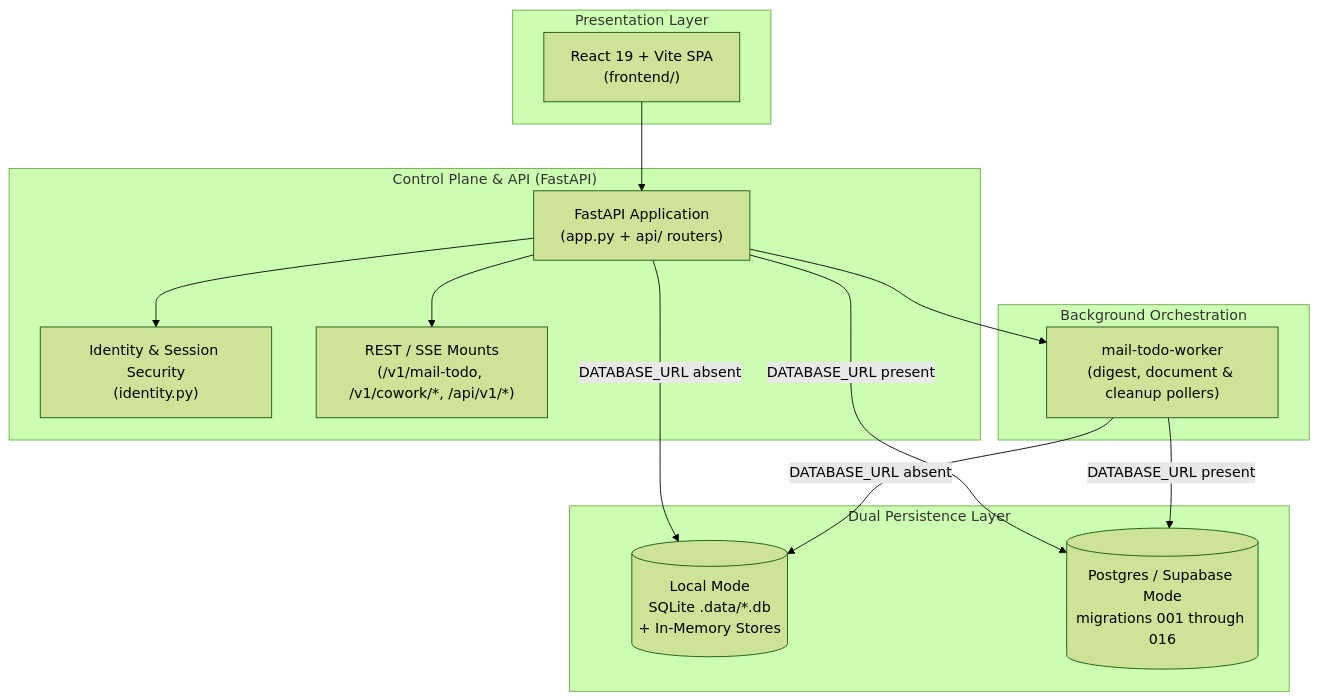
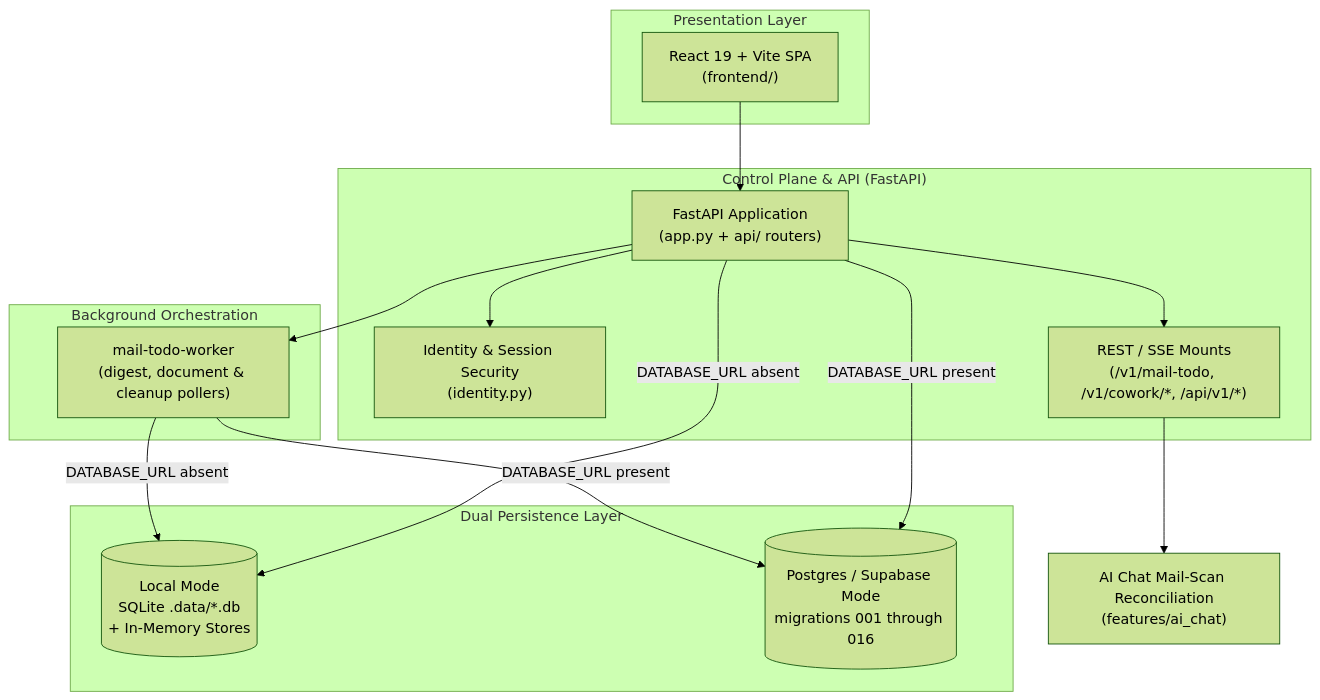
The diagram in docs/architectures/current-architectures/03-control-plane-persistence-and-uis.md (MathematicGuy/EMAIL-AGENT-v1), drawn with Mermaid (forest theme) before and after one commit. The commit also changed other lines of this file and 7 other files, not shown here.

Commit message:
refactor(chat): move mail scan reconciliation below transport

````diff
--- a/docs/architectures/current-architectures/03-control-plane-persistence-and-uis.md
+++ b/docs/architectures/current-architectures/03-control-plane-persistence-and-uis.md
@@ -15,31 +15,34 @@
 ```mermaid
 flowchart TB
     subgraph PRESENTATION["Presentation Layer"]
         REACT["React 19 + Vite SPA<br/>(frontend/)"]
     end
 
     subgraph CONTROL["Control Plane & API (FastAPI)"]
         APP["FastAPI Application<br/>(app.py + api/ routers)"]
         AUTH["Identity & Session Security<br/>(identity.py)"]
         ROUTES["REST / SSE Mounts<br/>(/v1/mail-todo, /v1/cowork/*, /api/v1/*)"]
     end
 
     subgraph WORKERS["Background Orchestration"]
         WORKER["mail-todo-worker<br/>(digest, document & cleanup pollers)"]
     end
 
+    MAIL_POLICY["AI Chat Mail-Scan Reconciliation<br/>(features/ai_chat)"]
+
     subgraph PERSISTENCE["Dual Persistence Layer"]
         LOCAL[("Local Mode<br/>SQLite .data/*.db<br/>+ In-Memory Stores")]
         PG[("Postgres / Supabase Mode<br/>migrations 001 through 016")]
     end
 
     REACT --> APP
     APP --> AUTH
     APP --> ROUTES
+    ROUTES --> MAIL_POLICY
     APP --> WORKER
 
     APP -->|DATABASE_URL absent| LOCAL
     APP -->|DATABASE_URL present| PG
     WORKER -->|DATABASE_URL present| PG
     WORKER -->|DATABASE_URL absent| LOCAL
 ```
````
